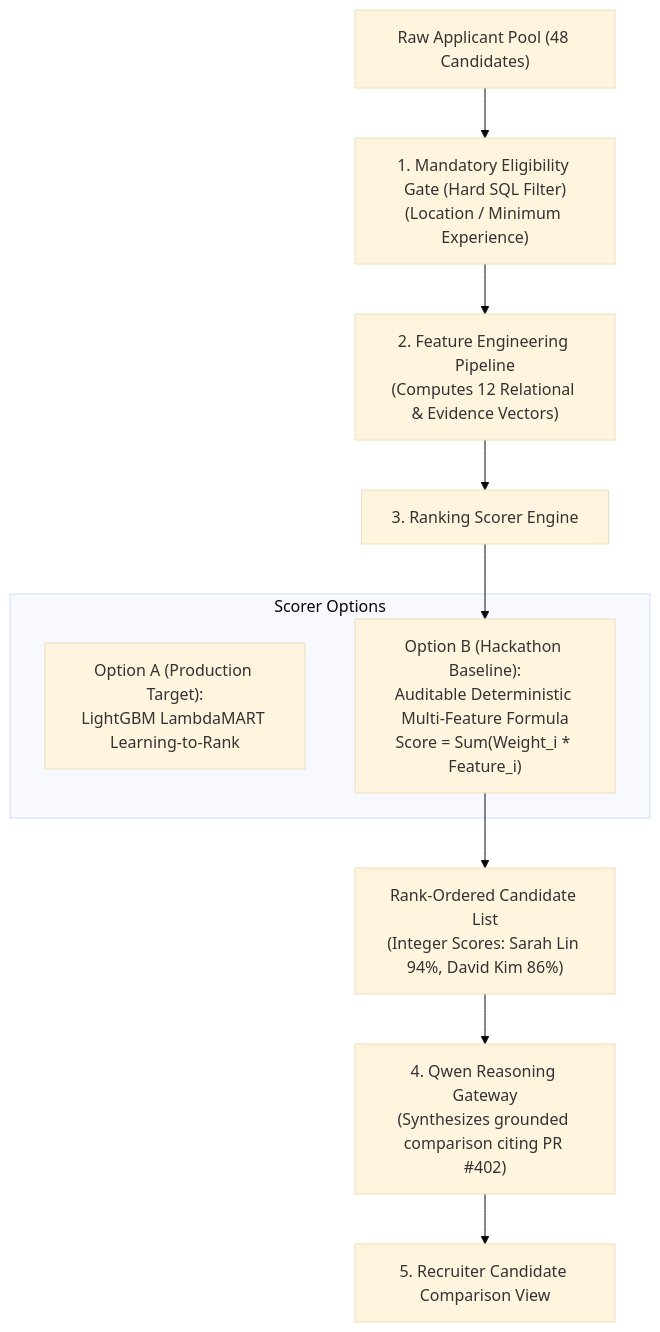
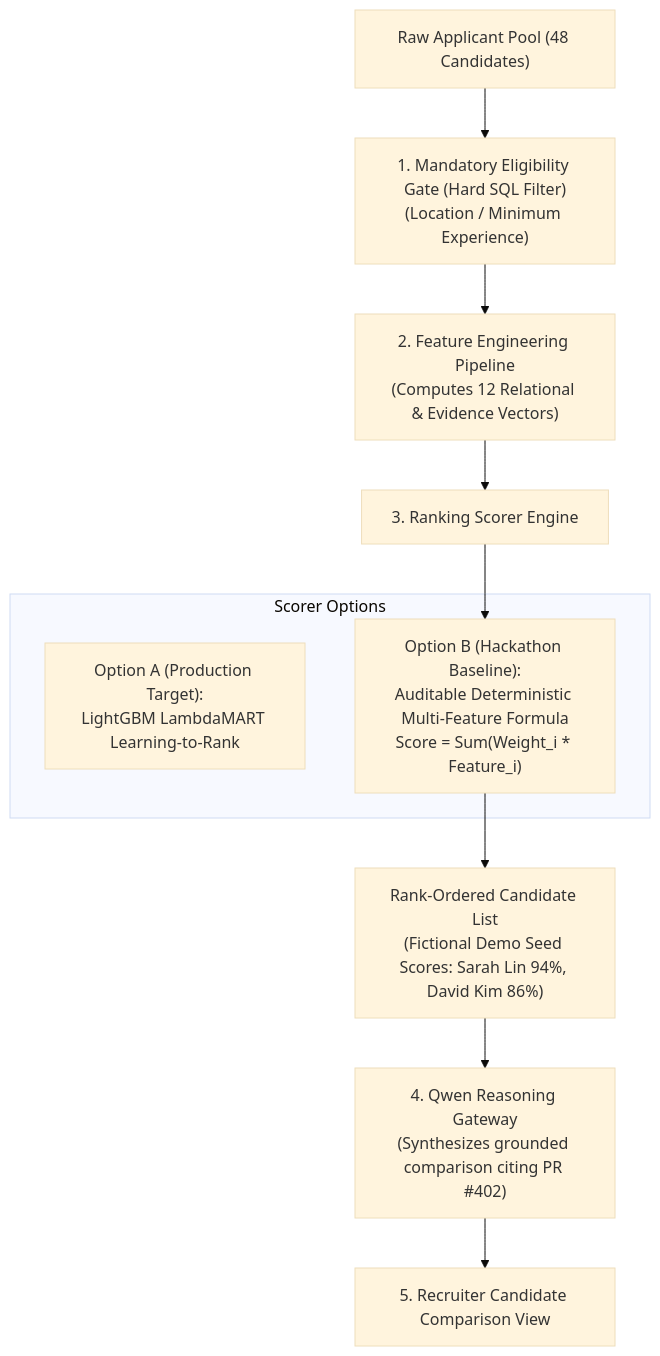
The fifth of 10 diagrams in docs/07-AI-ML-Architecture.md (sharancode3/WorkSense), drawn with Mermaid (base theme) before and after one commit. The commit also changed other lines of this file and 10 other files, not shown here.

````diff
--- a/docs/07-AI-ML-Architecture.md
+++ b/docs/07-AI-ML-Architecture.md
@@ -598,23 +598,23 @@
 ```mermaid
 flowchart TD
     POOL["Raw Applicant Pool (48 Candidates)"] --> FILTER["1. Mandatory Eligibility Gate (Hard SQL Filter)
 (Location / Minimum Experience)"]
     FILTER --> FEAT["2. Feature Engineering Pipeline
 (Computes 12 Relational & Evidence Vectors)"]
     FEAT --> SCORER["3. Ranking Scorer Engine"]
     
     subgraph ScorerImplementation["Scorer Options"]
         PROD_ML["Option A (Production Target):
 LightGBM LambdaMART Learning-to-Rank"]
         PROTO_DET["Option B (Hackathon Baseline):
 Auditable Deterministic Multi-Feature Formula
 Score = Sum(Weight_i * Feature_i)"]
     end
     
     SCORER --> PROTO_DET
     PROTO_DET --> RANKED["Rank-Ordered Candidate List
-(Integer Scores: Sarah Lin 94%, David Kim 86%)"]
+(Fictional Demo Seed Scores: Sarah Lin 94%, David Kim 86%)"]
     RANKED --> EXPLAIN["4. Qwen Reasoning Gateway
 (Synthesizes grounded comparison citing PR #402)"]
     EXPLAIN --> REC["5. Recruiter Candidate Comparison View"]
 ```
````
